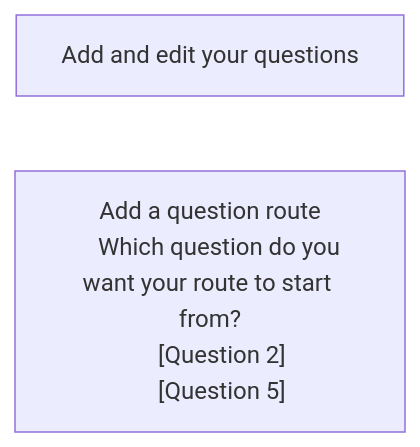
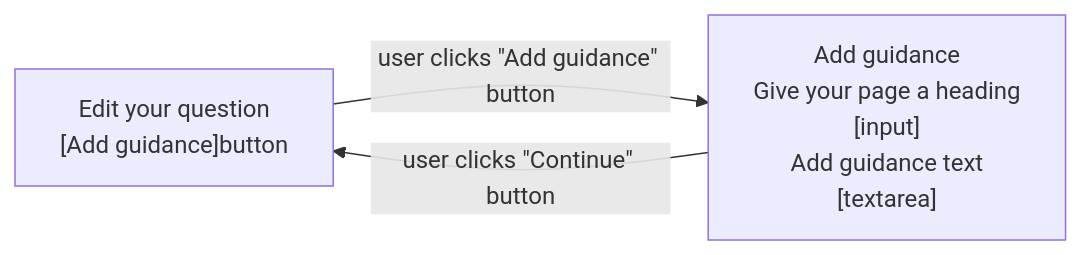
One commit to alphagov/forms changed the first of 2 diagrams in design/features/detailed-guidance/version-1.md. Above: the diagram before and after it, drawn with Mermaid. The commit also changed other lines of this file, not shown here.

````diff
--- a/design/features/detailed-guidance/version-1.md
+++ b/design/features/detailed-guidance/version-1.md
@@ -95,13 +178,19 @@
 ```mermaid
     
 flowchart LR;
 
-    step1["Add and edit your questions"]
-    
-    step2["Add a question route
-    Which question do you want your route to start from?
-    [Question 2]
-    [Question 5]
+    step1["Edit your question
+    [Add guidance]button
     "]
     
+    step2["Add guidance
+    Give your page a heading
+    [input]
+    Add guidance text
+    [textarea]
+    "]
+
+    step1-->|"user clicks #quot;Add guidance#quot; button"|step2;
+    step2-->|"user clicks #quot;Continue#quot; button"|step1;
+    
 ```
````
